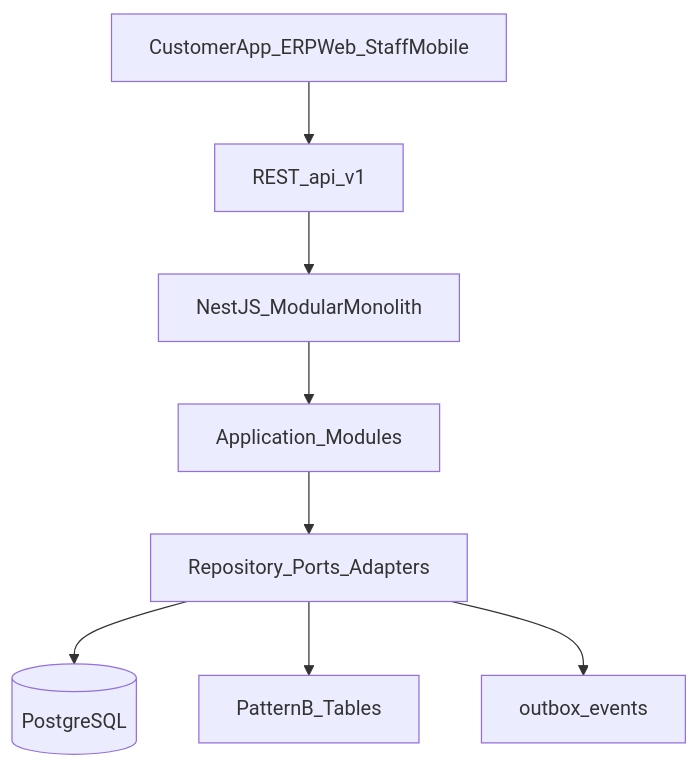
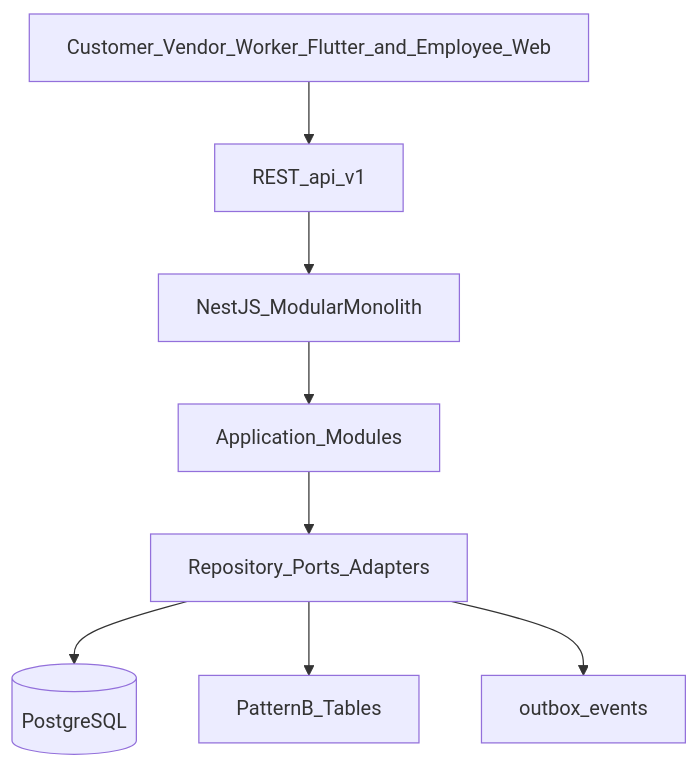
Before and after one commit to mee-events/Mee-Events: the second of 6 diagrams in docs/02-architecture/architecture.md, drawn with Mermaid. The commit also changed other lines of this file and 26 other files, not shown here.

````diff
--- a/docs/02-architecture/architecture.md
+++ b/docs/02-architecture/architecture.md
@@ -77,18 +81,18 @@
 ```mermaid
 flowchart TB
-  Clients[CustomerApp_ERPWeb_StaffMobile]
+  Clients[Customer_Vendor_Worker_Flutter_and_Employee_Web]
   Api[REST_api_v1]
   Nest[NestJS_ModularMonolith]
   Modules[Application_Modules]
   Repos[Repository_Ports_Adapters]
   Pg[(PostgreSQL)]
   PatternB[PatternB_Tables]
   Outbox[outbox_events]
   Clients --> Api
   Api --> Nest
   Nest --> Modules
   Modules --> Repos
   Repos --> Pg
   Repos --> PatternB
   Repos --> Outbox
 ```
````
